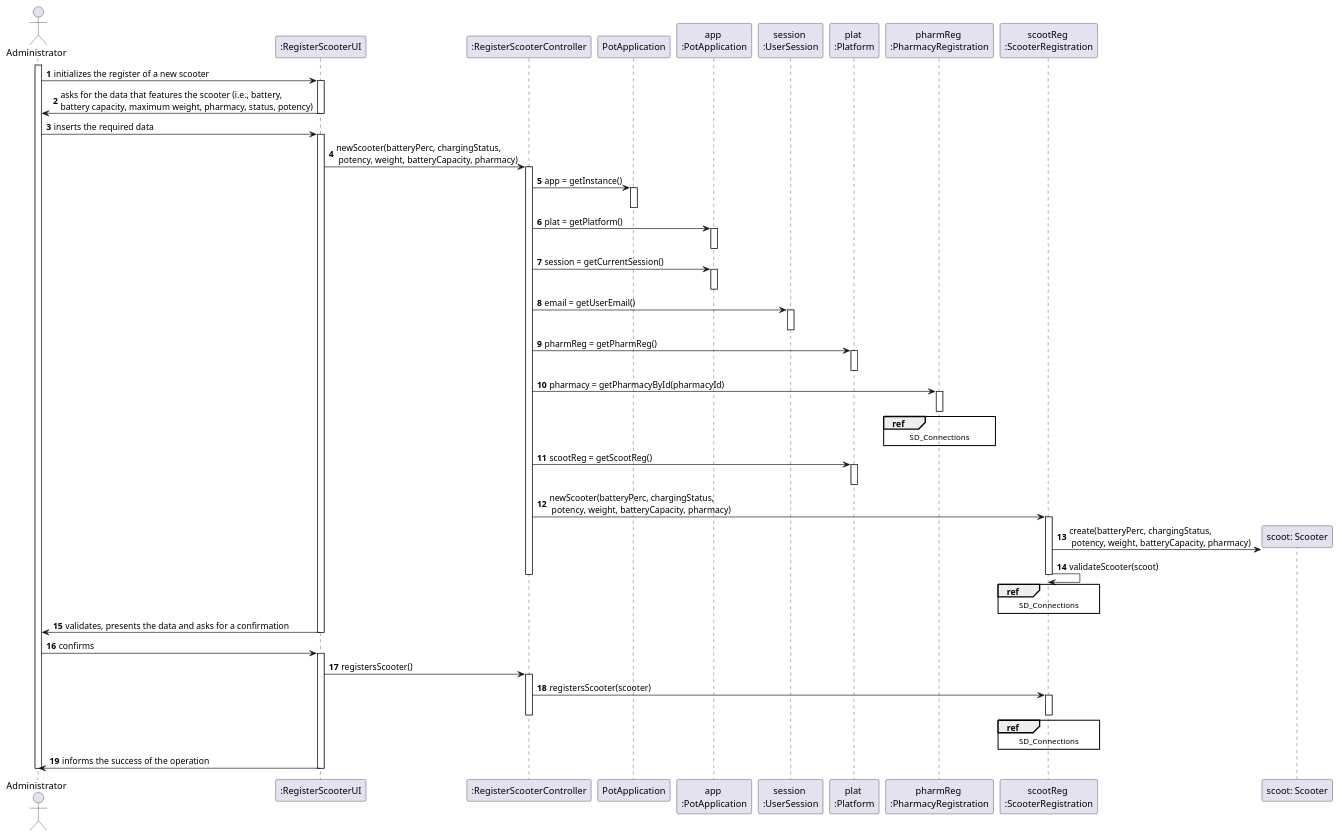
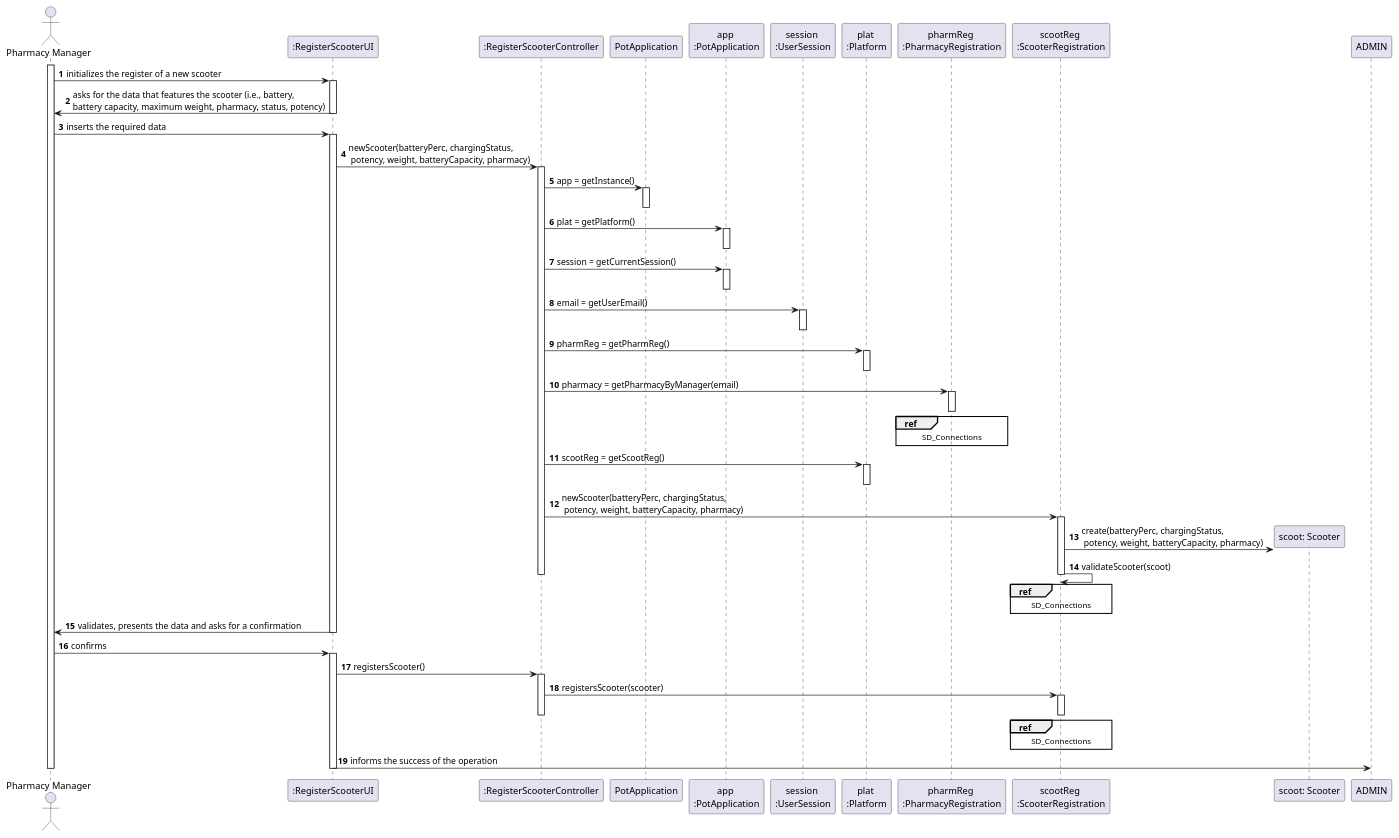
One commit to tiagoavcosta25/LAPR3 changed the diagram in docs/Iteration 1/Scooter Management/US21_RegisterScooter/US21_SD.puml. Above: the diagram before and after it, drawn with PlantUML. The commit also changed 7 other files, not shown here.

Commit message:
LAPR2AP2-80 #fixing Register Scooter [Analysis]  LAPR2AP2-90 #fixing Register Scooter [Design]

```diff
--- a/docs/Iteration 1/Scooter Management/US21_RegisterScooter/US21_SD.puml
+++ b/docs/Iteration 1/Scooter Management/US21_RegisterScooter/US21_SD.puml
@@ -1,82 +1,82 @@
 @startuml
 autonumber
-actor "Administrator" as ADMIN
+actor "Pharmacy Manager" as PHARMAN
 
 participant ":RegisterScooterUI" as UI
 participant ":RegisterScooterController" as CTRL
 participant "PotApplication" as PA
 participant "app \n:PotApplication" as APA
 participant "session \n:UserSession" as US
 participant "plat \n:Platform" as PLAT
 participant "pharmReg \n:PharmacyRegistration" as PH
 participant "scootReg \n:ScooterRegistration" as RS
 participant "scoot: Scooter" as SC
 
 
 
-activate ADMIN
+activate PHARMAN
 
-ADMIN -> UI : initializes the register of a new scooter
+PHARMAN -> UI : initializes the register of a new scooter
 activate UI
-UI -> ADMIN : asks for the data that features the scooter (i.e., battery, \nbattery capacity, maximum weight, pharmacy, status, potency)
+UI -> PHARMAN : asks for the data that features the scooter (i.e., battery, \nbattery capacity, maximum weight, pharmacy, status, potency)
 deactivate UI
 
-ADMIN -> UI : inserts the required data
+PHARMAN -> UI : inserts the required data
 activate UI
 UI -> CTRL : newScooter(batteryPerc, chargingStatus,\n potency, weight, batteryCapacity, pharmacy)
 activate CTRL
 CTRL -> PA : app = getInstance()
 activate PA
 deactivate PA
 CTRL -> APA : plat = getPlatform()
 activate APA
 deactivate APA
 CTRL -> APA : session = getCurrentSession()
 activate APA
 deactivate APA
 CTRL -> US : email = getUserEmail()
 activate US
 deactivate US
 CTRL -> PLAT : pharmReg = getPharmReg()
 activate PLAT
 deactivate PLAT
-CTRL -> PH : pharmacy = getPharmacyById(pharmacyId)
+CTRL -> PH : pharmacy = getPharmacyByManager(email)
 activate PH
 ref over PH
 SD_Connections
 end ref
 deactivate PH
 CTRL -> PLAT : scootReg = getScootReg()
 activate PLAT
 deactivate PLAT
 CTRL -> RS : newScooter(batteryPerc, chargingStatus,\n potency, weight, batteryCapacity, pharmacy)
 activate RS
 RS -> SC ** : create(batteryPerc, chargingStatus,\n potency, weight, batteryCapacity, pharmacy)
 RS -> RS : validateScooter(scoot)
 ref over RS
 SD_Connections
 end ref
 deactivate RS
 deactivate CTRL
 
 
-UI -> ADMIN : validates, presents the data and asks for a confirmation
+UI -> PHARMAN : validates, presents the data and asks for a confirmation
 deactivate UI
 
-ADMIN -> UI : confirms
+PHARMAN -> UI : confirms
 activate UI
 UI -> CTRL : registersScooter()
 activate CTRL
 CTRL -> RS : registersScooter(scooter)
 activate RS
 ref over RS
 SD_Connections
 end ref
 deactivate RS
 deactivate CTRL
 UI -> ADMIN : informs the success of the operation
 deactivate UI
 
-deactivate ADMIN
+deactivate PHARMAN
 
 @enduml
```
